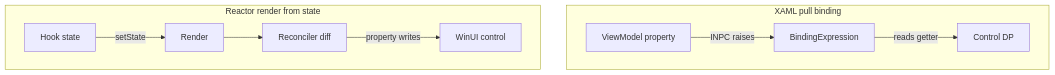
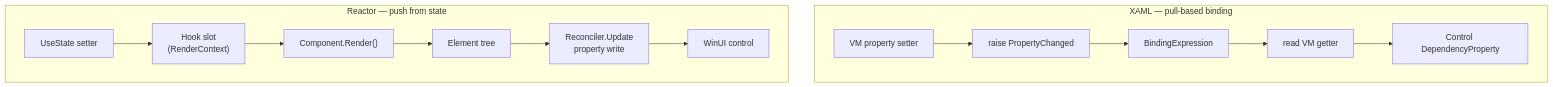
Before and after one commit to microsoft/microsoft-ui-reactor: the diagram in docs/_pipeline/diagrams/reactor-vs-xaml/push-vs-pull.mmd, drawn with Mermaid. The commit also changed 2 other files, not shown here.

Commit message:
docs(041): reactor-vs-xaml at Comprehensive tier (3.5.3)
Architectural essay mapping XAML concepts to Reactor counterparts:
DependencyProperty, Binding, DataTemplate, Style, ResourceDictionary,
VisualStateManager, Storyboard, INotifyPropertyChanged, MVVM
ViewModel. Push-from-state vs pull-binding diagram contrasts the two
runtime shapes side by side. Source snippets from Element.cs
(element-record), ElementExtensions.cs (modifier-chain),
RenderContext.cs (use-state-slot), Theme.cs (theme-ref), and
Observable.cs (observable-bridge). Companion to
xaml-developers.md cookbook — this page is the why, the cookbook is
the how. Indexed under §1 (Get Started, order: 1.7) and §9 (Under the
hood).

```diff
--- a/docs/_pipeline/diagrams/reactor-vs-xaml/push-vs-pull.mmd
+++ b/docs/_pipeline/diagrams/reactor-vs-xaml/push-vs-pull.mmd
@@ -1,14 +1,33 @@
-%% Phase 3.5 scaffold — XAML pull-based binding versus Reactor
-%% push-from-state. Author should add DependencyProperty,
-%% INotifyPropertyChanged, and the BindingExpression update side
-%% as concrete contrast points.
+%% Pull-based XAML binding vs push-from-state Reactor render. The XAML
+%% path threads through DependencyProperty.SetValue → BindingExpression
+%% UpdateTarget → control DP. The Reactor path threads through setter →
+%% slot → render → reconciler property write. Default Mermaid palette
+%% renders legibly on both light and dark GitHub themes.
 flowchart TB
-    subgraph XAML[XAML pull binding]
-        VM[ViewModel property] -->|INPC raises| BX[BindingExpression]
-        BX -->|reads getter| Ctrl1[Control DP]
+    subgraph XAML["XAML — pull-based binding"]
+        direction LR
+        VMProp["VM property setter"]
+        INPC["raise PropertyChanged"]
+        BX["BindingExpression"]
+        Reader["read VM getter"]
+        DP["Control DependencyProperty"]
+        VMProp --> INPC
+        INPC --> BX
+        BX --> Reader
+        Reader --> DP
     end
-    subgraph Reactor[Reactor render from state]
-        Hook[Hook state] -->|setState| Render[Render]
-        Render --> Diff[Reconciler diff]
-        Diff -->|property writes| Ctrl2[WinUI control]
+
+    subgraph Reactor["Reactor — push from state"]
+        direction LR
+        Setter["UseState setter"]
+        Slot["Hook slot<br/>(RenderContext)"]
+        Render["Component.Render()"]
+        ElementTree["Element tree"]
+        Recon["Reconciler.Update<br/>property write"]
+        Ctrl["WinUI control"]
+        Setter --> Slot
+        Slot --> Render
+        Render --> ElementTree
+        ElementTree --> Recon
+        Recon --> Ctrl
     end
```
